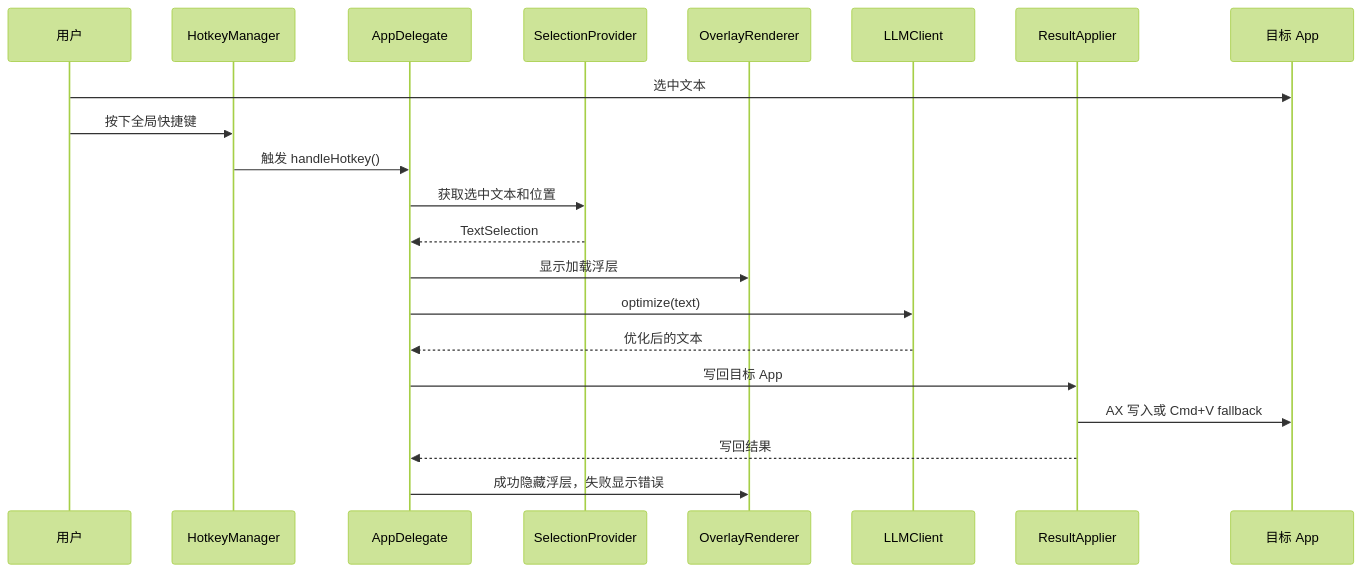
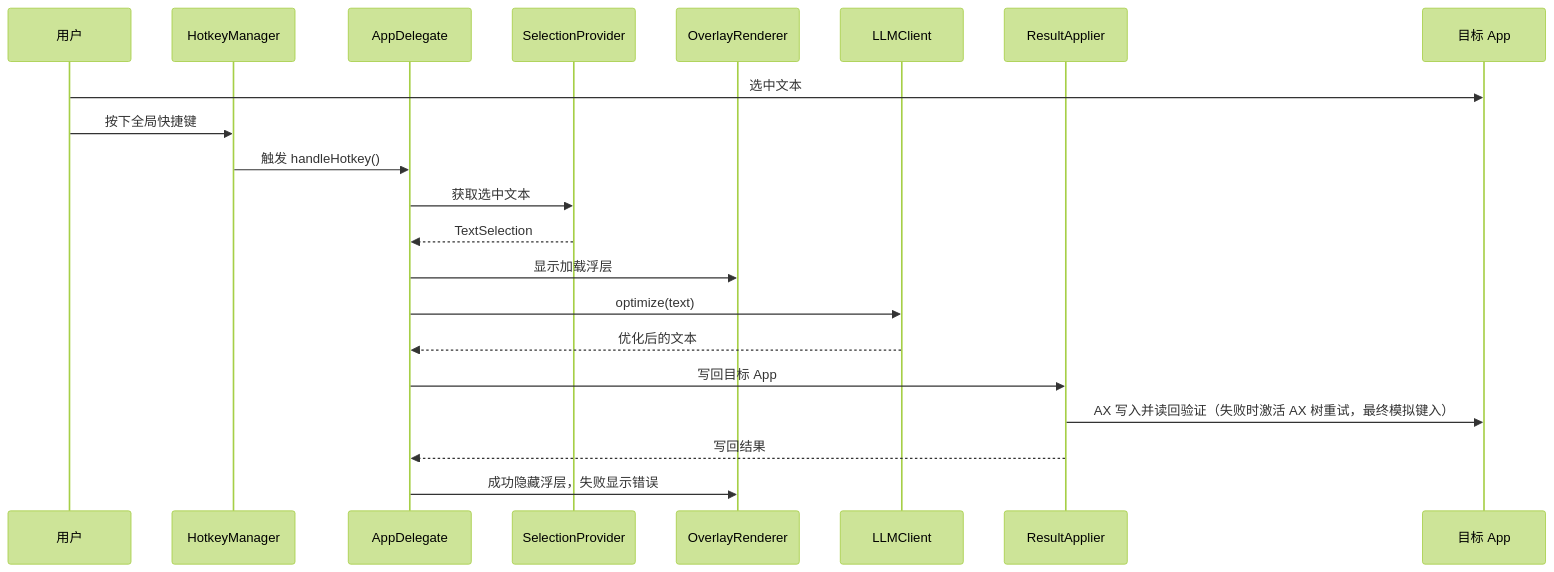
The second of 2 diagrams in ARCHITECTURE.md (lnwu/ai-language-support), drawn with Mermaid (forest theme) before and after one commit. The commit also changed other lines of this file and 15 other files, not shown here.

````diff
--- a/ARCHITECTURE.md
+++ b/ARCHITECTURE.md
@@ -46,24 +48,24 @@
 ```mermaid
 sequenceDiagram
     participant U as 用户
     participant H as HotkeyManager
     participant D as AppDelegate
     participant S as SelectionProvider
     participant O as OverlayRenderer
     participant L as LLMClient
     participant R as ResultApplier
     participant A as 目标 App
 
     U->>A: 选中文本
     U->>H: 按下全局快捷键
     H->>D: 触发 handleHotkey()
-    D->>S: 获取选中文本和位置
+    D->>S: 获取选中文本
     S-->>D: TextSelection
     D->>O: 显示加载浮层
     D->>L: optimize(text)
     L-->>D: 优化后的文本
     D->>R: 写回目标 App
-    R->>A: AX 写入或 Cmd+V fallback
+    R->>A: AX 写入并读回验证（失败时激活 AX 树重试，最终模拟键入）
     R-->>D: 写回结果
     D->>O: 成功隐藏浮层，失败显示错误
 ```
````
